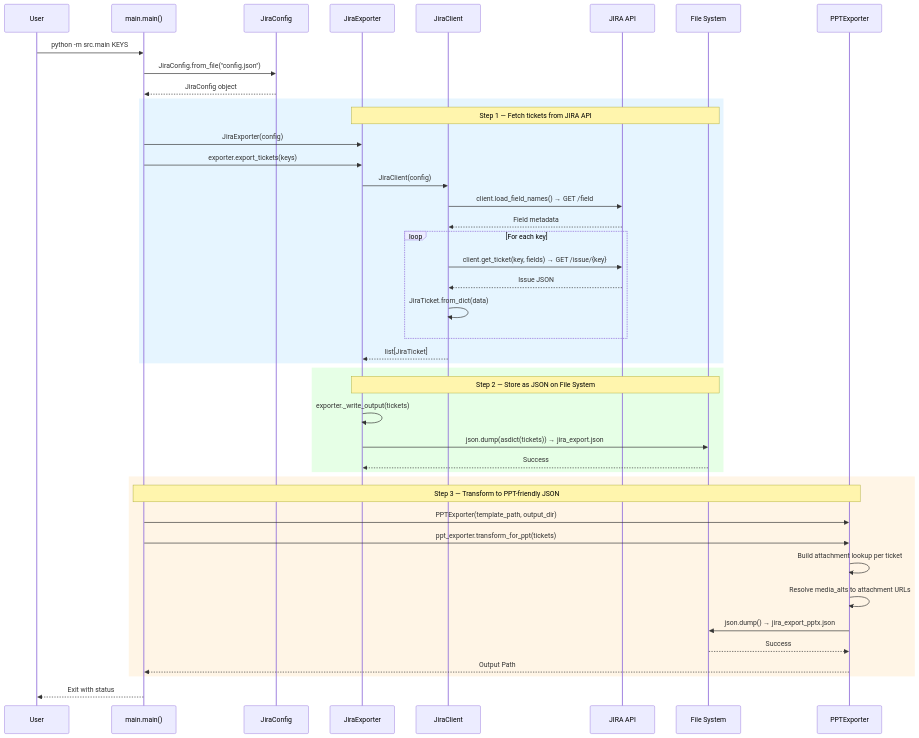
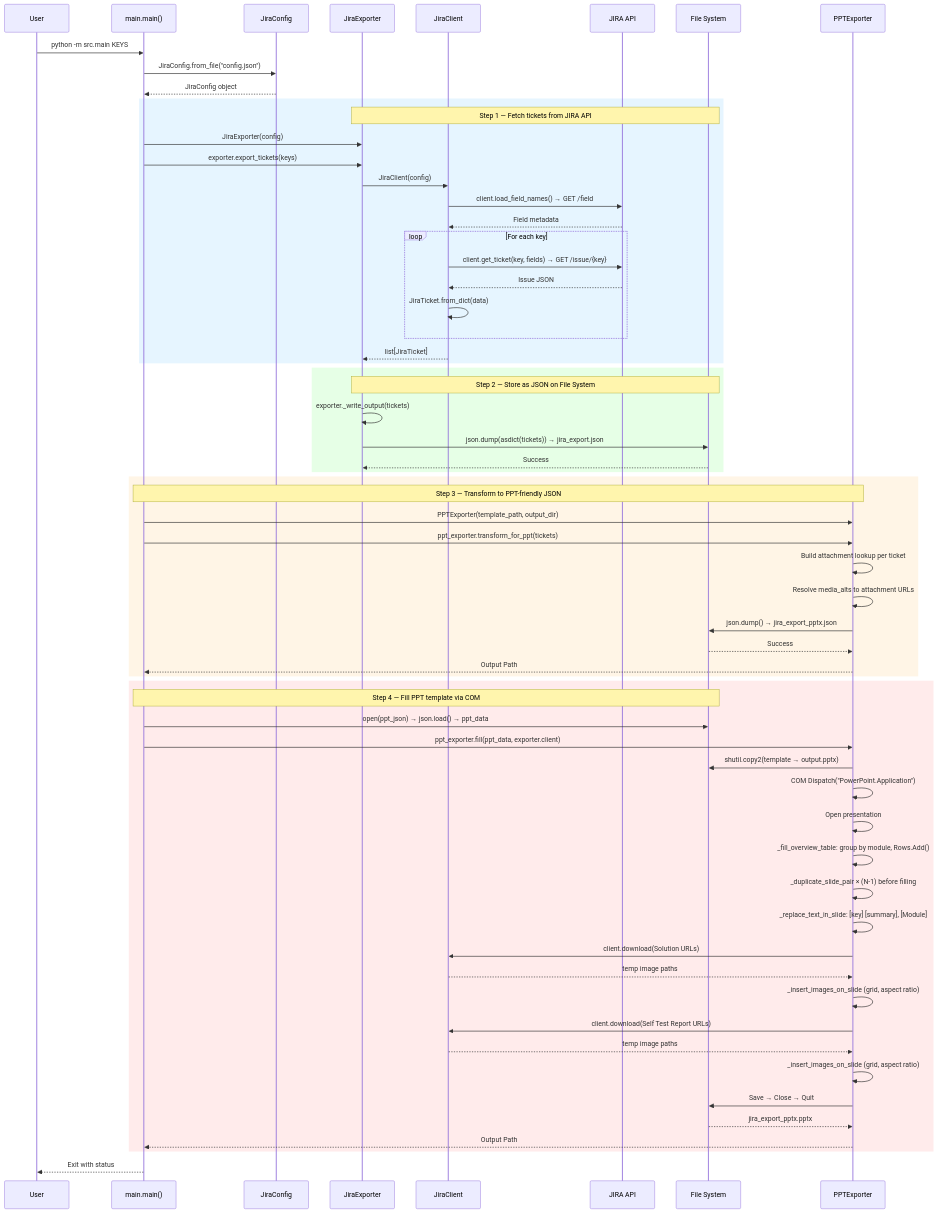
The second of 3 diagrams in design/detailed design.md (baochen-rw/JIRA-exporter), drawn with Mermaid before and after one commit. The commit also changed other lines of this file and 5 other files, not shown here.

Commit message:
[2026-06-26 23:27] Implement PPT COM automation with hardcoded placeholder dimensions

````diff
--- a/design/detailed design.md
+++ b/design/detailed design.md
@@ -91,50 +97,71 @@
 ```mermaid
 sequenceDiagram
     participant U as User
     participant M as main.main()
     participant C as JiraConfig
     participant E as JiraExporter
     participant J as JiraClient
     participant API as JIRA API
     participant F as File System
     participant P as PPTExporter
 
     U->>M: python -m src.main KEYS
     M->>C: JiraConfig.from_file("config.json")
     C-->>M: JiraConfig object
 
     rect rgb(230, 245, 255)
     Note over E,F: Step 1 — Fetch tickets from JIRA API
     M->>E: JiraExporter(config)
     M->>E: exporter.export_tickets(keys)
     E->>J: JiraClient(config)
     J->>API: client.load_field_names() → GET /field
     API-->>J: Field metadata
     loop For each key
         J->>API: client.get_ticket(key, fields) → GET /issue/{key}
         API-->>J: Issue JSON
         J->>J: JiraTicket.from_dict(data)
     end
     J-->>E: list[JiraTicket]
     end
 
     rect rgb(230, 255, 230)
     Note over E,F: Step 2 — Store as JSON on File System
     E->>E: exporter._write_output(tickets)
     E->>F: json.dump(asdict(tickets)) → jira_export.json
     F-->>E: Success
     end
 
     rect rgb(255, 245, 230)
     Note over M,P: Step 3 — Transform to PPT-friendly JSON
     M->>P: PPTExporter(template_path, output_dir)
     M->>P: ppt_exporter.transform_for_ppt(tickets)
     P->>P: Build attachment lookup per ticket
     P->>P: Resolve media_alts to attachment URLs
     P->>F: json.dump() → jira_export_pptx.json
     F-->>P: Success
     P-->>M: Output Path
     end
 
+    rect rgb(255, 235, 235)
+    Note over M,F: Step 4 — Fill PPT template via COM
+    M->>F: open(ppt_json) → json.load() → ppt_data
+    M->>P: ppt_exporter.fill(ppt_data, exporter.client)
+    P->>F: shutil.copy2(template → output.pptx)
+    P->>P: COM Dispatch("PowerPoint.Application")
+    P->>P: Open presentation
+    P->>P: _fill_overview_table: group by module, Rows.Add()
+    P->>P: _duplicate_slide_pair × (N-1) before filling
+    P->>P: _replace_text_in_slide: [key] [summary], [Module]
+    P->>J: client.download(Solution URLs)
+    J-->>P: temp image paths
+    P->>P: _insert_images_on_slide (grid, aspect ratio)
+    P->>J: client.download(Self Test Report URLs)
+    J-->>P: temp image paths
+    P->>P: _insert_images_on_slide (grid, aspect ratio)
+    P->>F: Save → Close → Quit
+    F-->>P: jira_export_pptx.pptx
+    P-->>M: Output Path
+    end
+
     M-->>U: Exit with status
 ```
````
